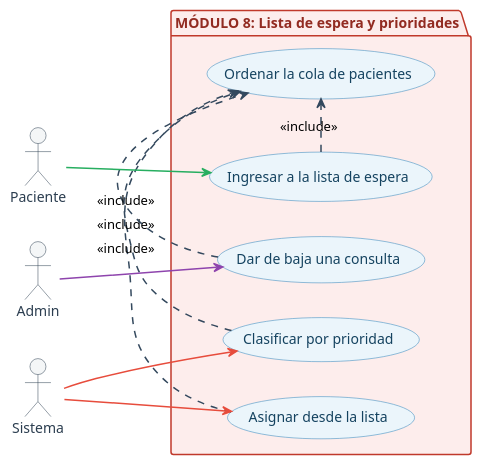
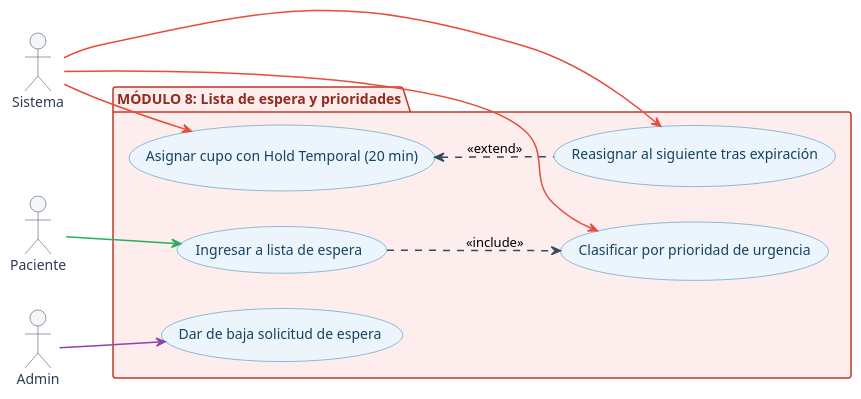
Before and after one commit to aron-quito/si-salud: the diagram in docs/diagrams/casos_de_uso/modulo_8_lista_espera.puml, drawn with PlantUML. The commit also changed 21 other files, not shown here.

```diff
--- a/docs/diagrams/casos_de_uso/modulo_8_lista_espera.puml
+++ b/docs/diagrams/casos_de_uso/modulo_8_lista_espera.puml
@@ -1,50 +1,49 @@
 @startuml
 left to right direction
 
 skinparam shadowing false
 skinparam actor {
   BackgroundColor #F4F6F7
   BorderColor #2C3E50
   FontColor #2C3E50
 }
 skinparam usecase {
   BackgroundColor #EBF5FB
   BorderColor #2980B9
   FontColor #154360
   ArrowColor #2980B9
 }
 skinparam arrow {
   Color #34495E
   Thickness 1.5
 }
 skinparam package {
   BackgroundColor #FDEDEC
   BorderColor #C0392B
   FontColor #922B21
 }
 
 
 actor "Paciente" as Pac
 actor "Admin" as Adm
 actor "Sistema" as Sis
 
 package "MÓDULO 8: Lista de espera y prioridades" {
-  usecase "Ingresar a la lista de espera" as UC1
-  usecase "Clasificar por prioridad" as UC2
-  usecase "Asignar desde la lista" as UC3
-  usecase "Dar de baja una consulta" as UC4
-  usecase "Ordenar la cola de pacientes" as UC5
+  usecase "Ingresar a lista de espera" as UC1
+  usecase "Clasificar por prioridad de urgencia" as UC2
+  usecase "Asignar cupo con Hold Temporal (20 min)" as UC3
+  usecase "Dar de baja solicitud de espera" as UC4
+  usecase "Reasignar al siguiente tras expiración" as UC5
 }
 
-UC1 .> UC5 : <<include>>
-UC2 .> UC5 : <<include>>
-UC3 .> UC5 : <<include>>
-UC4 .> UC5 : <<include>>
+UC1 ..> UC2 : <<include>>
+UC3 <.. UC5 : <<extend>>
 
 Pac -[#27AE60]-> UC1
 
 Sis -[#E74C3C]-> UC2
 Sis -[#E74C3C]-> UC3
+Sis -[#E74C3C]-> UC5
 
 Adm -[#8E44AD]-> UC4
 @enduml
```
